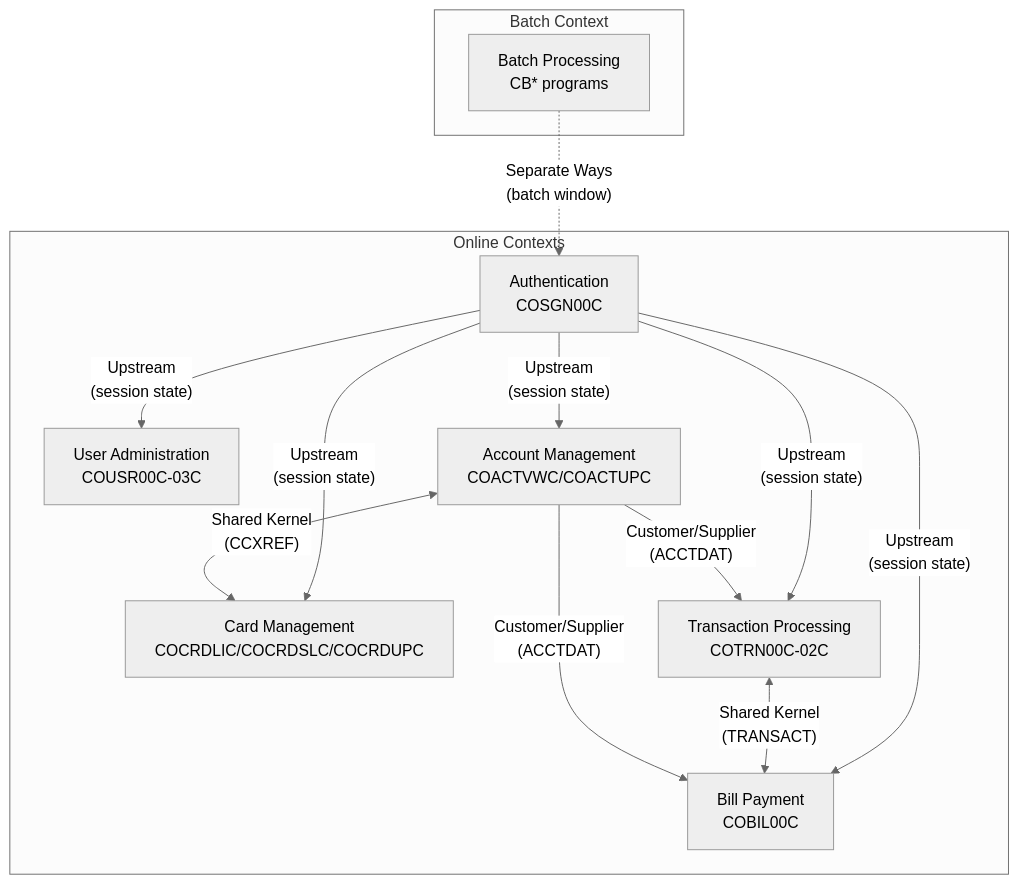
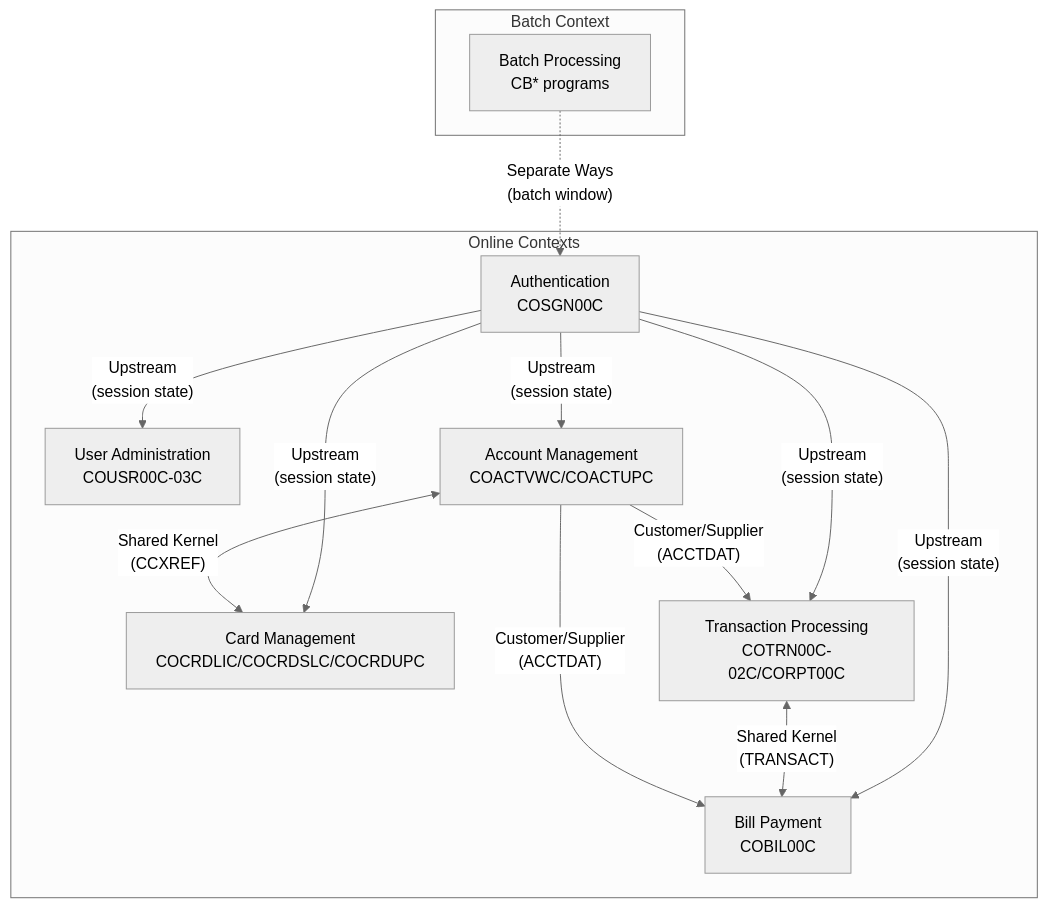
The diagram in docs/reverse-engineering/03-context-model/CONTEXT-MAP.md (khushil/aws-mainframe-modernization-carddemo), drawn with Mermaid (neutral theme) before and after one commit. The commit also changed other lines of this file and 24 other files, not shown here.

````diff
--- a/docs/reverse-engineering/03-context-model/CONTEXT-MAP.md
+++ b/docs/reverse-engineering/03-context-model/CONTEXT-MAP.md
@@ -227,33 +229,33 @@
 ```mermaid
 graph TB
     subgraph "Online Contexts"
         AUTH[Authentication<br/>COSGN00C]
         USRADM[User Administration<br/>COUSR00C-03C]
         ACCTMGMT[Account Management<br/>COACTVWC/COACTUPC]
         CARDMGMT[Card Management<br/>COCRDLIC/COCRDSLC/COCRDUPC]
-        TRNPROC[Transaction Processing<br/>COTRN00C-02C]
+        TRNPROC[Transaction Processing<br/>COTRN00C-02C/CORPT00C]
         BILLPAY[Bill Payment<br/>COBIL00C]
     end
 
     subgraph "Batch Context"
         BATCH[Batch Processing<br/>CB* programs]
     end
 
     %% Upstream relationships
     AUTH -->|"Upstream<br/>(session state)"| USRADM
     AUTH -->|"Upstream<br/>(session state)"| ACCTMGMT
     AUTH -->|"Upstream<br/>(session state)"| CARDMGMT
     AUTH -->|"Upstream<br/>(session state)"| TRNPROC
     AUTH -->|"Upstream<br/>(session state)"| BILLPAY
 
     %% Shared Kernel relationships
     ACCTMGMT <-->|"Shared Kernel<br/>(CCXREF)"| CARDMGMT
     TRNPROC <-->|"Shared Kernel<br/>(TRANSACT)"| BILLPAY
 
     %% Customer/Supplier relationships
     ACCTMGMT -->|"Customer/Supplier<br/>(ACCTDAT)"| TRNPROC
     ACCTMGMT -->|"Customer/Supplier<br/>(ACCTDAT)"| BILLPAY
 
     %% Separate Ways
     BATCH -.->|"Separate Ways<br/>(batch window)"| AUTH
 ```
````
